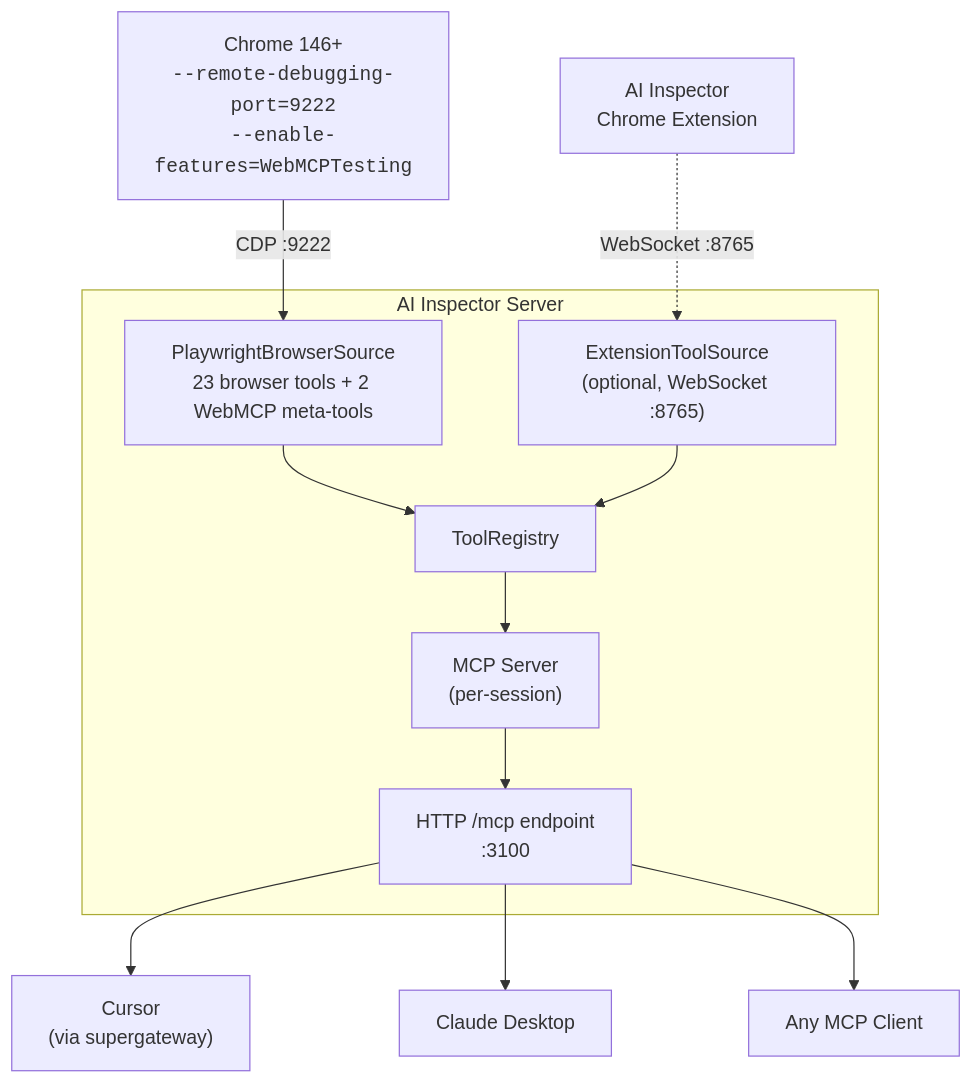
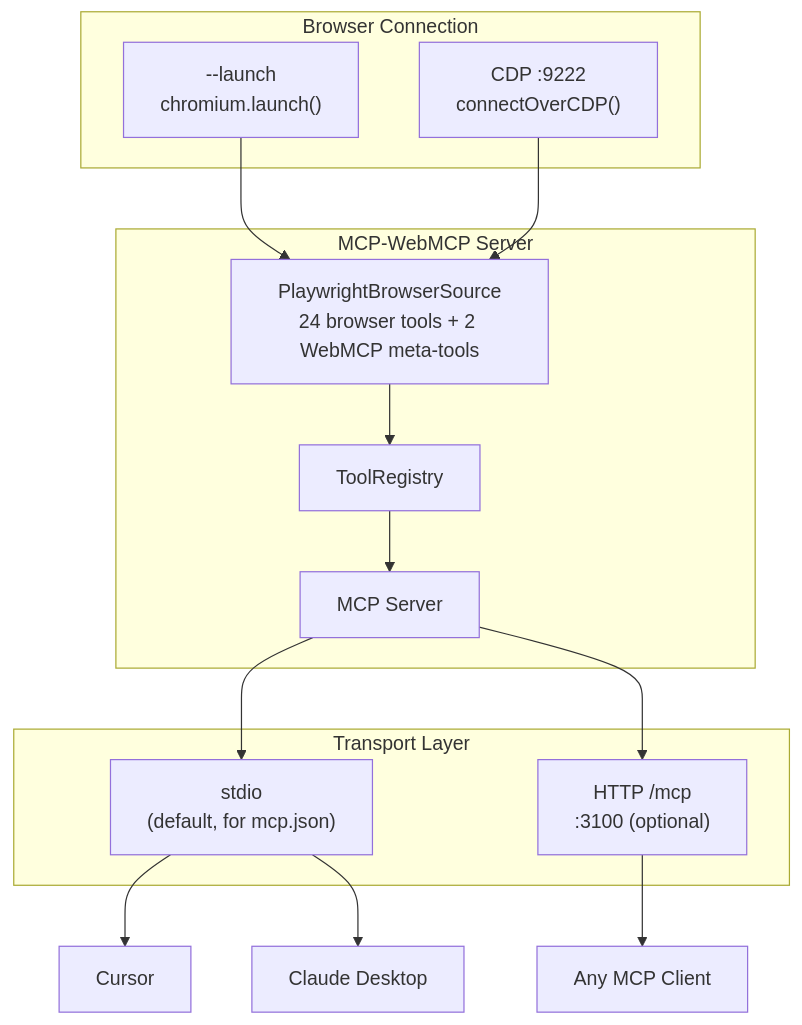
One commit to tech-sumit/ai-inspector-server changed the first of 5 diagrams in README.md. Above: the diagram before and after it, drawn with Mermaid. The commit also changed other lines of this file and 12 other files, not shown here.

First line of the commit message:
rename from ai-inspector-server to mcp-webmcp

````diff
--- a/README.md
+++ b/README.md
@@ -7,24 +24,29 @@
 ```mermaid
 graph TD
-    Chrome["Chrome 146+<br/><code>--remote-debugging-port=9222</code><br/><code>--enable-features=WebMCPTesting</code>"]
-
-    subgraph AI Inspector Server
-        PB["PlaywrightBrowserSource<br/>23 browser tools + 2 WebMCP meta-tools"]
-        EXT["ExtensionToolSource<br/>(optional, WebSocket :8765)"]
+    subgraph mcp_webmcp ["MCP-WebMCP Server"]
+        PB["PlaywrightBrowserSource<br/>24 browser tools + 2 WebMCP meta-tools"]
         TR[ToolRegistry]
-        MCP["MCP Server<br/>(per-session)"]
-        HTTP["HTTP /mcp endpoint<br/>:3100"]
+        MCP["MCP Server"]
     end
 
-    Chrome -- "CDP :9222" --> PB
+    subgraph transport ["Transport Layer"]
+        STDIO["stdio<br/>(default, for mcp.json)"]
+        HTTP["HTTP /mcp<br/>:3100 (optional)"]
+    end
+
+    subgraph browser_modes ["Browser Connection"]
+        Launch["--launch<br/>chromium.launch()"]
+        CDP["CDP :9222<br/>connectOverCDP()"]
+    end
+
+    Launch --> PB
+    CDP --> PB
     PB --> TR
-    EXT --> TR
     TR --> MCP
+    MCP --> STDIO
     MCP --> HTTP
 
-    HTTP --> Cursor["Cursor<br/>(via supergateway)"]
-    HTTP --> Claude["Claude Desktop"]
-    HTTP --> Other["Any MCP Client"]
-
-    ExtBrowser["AI Inspector<br/>Chrome Extension"] -. "WebSocket :8765" .-> EXT
+    STDIO --> Cursor["Cursor"]
+    STDIO --> Claude["Claude Desktop"]
+    HTTP --> Any["Any MCP Client"]
 ```
````
